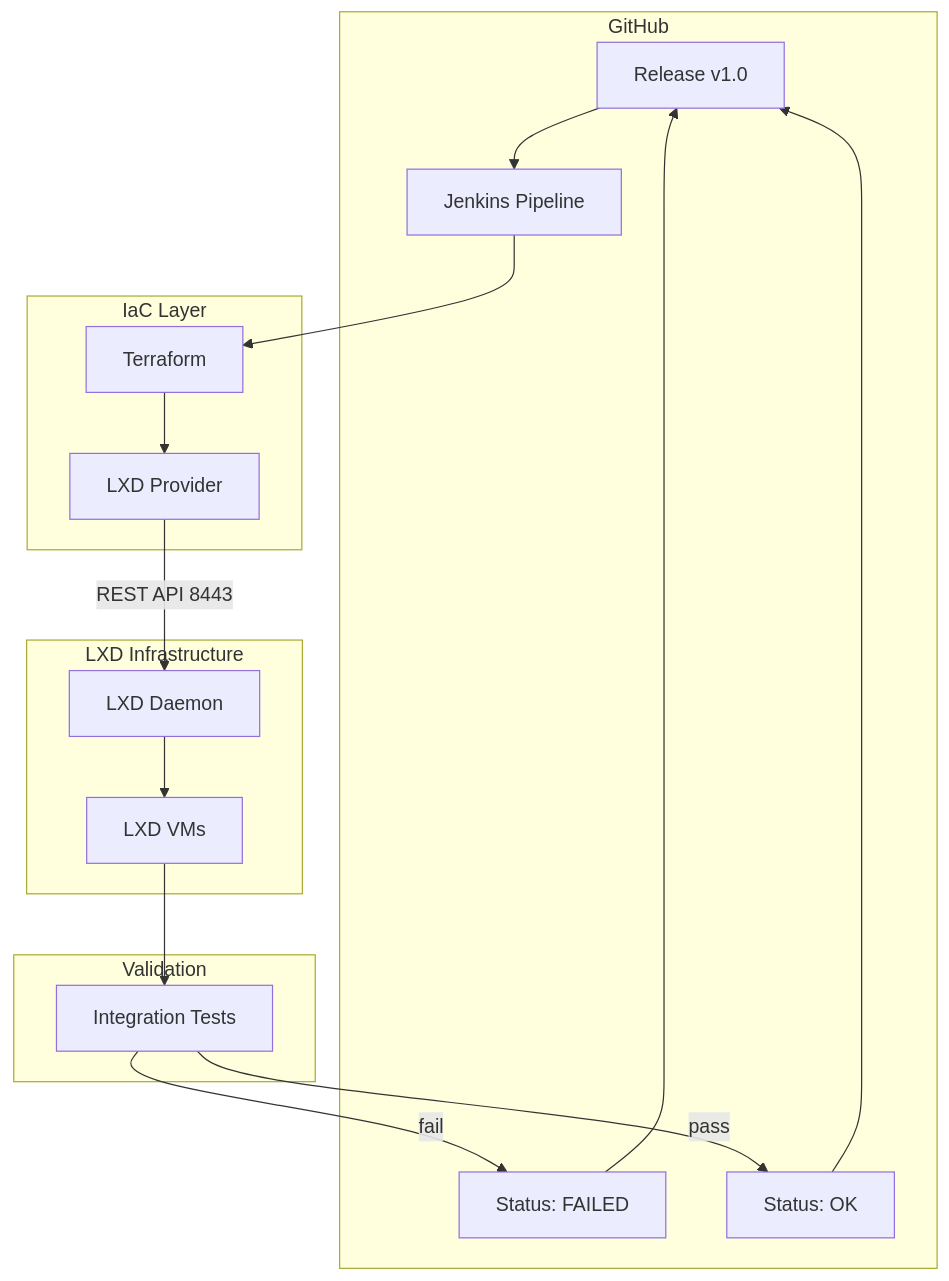
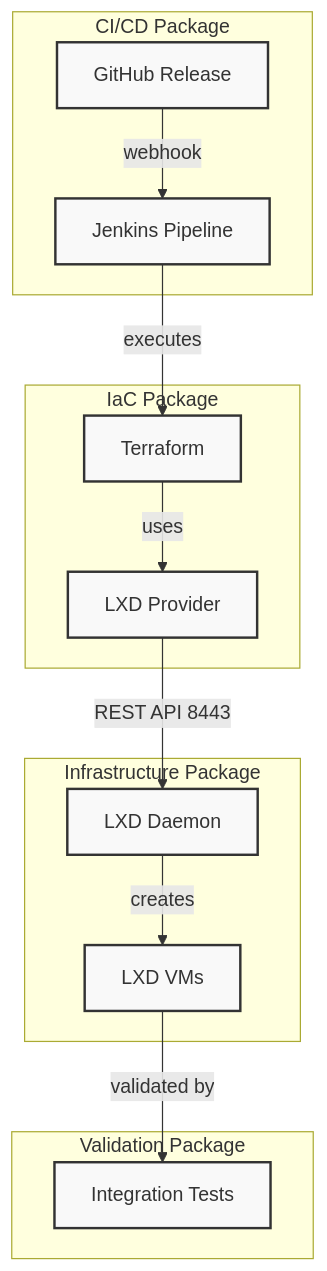
Before and after one commit to DurianLAB/terraform: the diagram in docs/diagram.md, drawn with Mermaid.

Commit message:
Fix: make Mermaid diagram a proper SysML package diagram

````diff
--- a/docs/diagram.md
+++ b/docs/diagram.md
@@ -71,24 +71,30 @@
 ```mermaid
 graph TB
-    subgraph "GitHub"
-        A[Release v1.0] --> B[Jenkins Pipeline]
-        F[Status: FAILED] --> A
-        G[Status: OK] --> A
+    subgraph "CI/CD Package"
+        A[GitHub Release]:::pkg
+        B[Jenkins Pipeline]:::pkg
     end
     
-    subgraph "IaC Layer"
-        B --> C[Terraform]
-        C --> D[LXD Provider]
+    subgraph "IaC Package"
+        C[Terraform]:::pkg
+        D[LXD Provider]:::pkg
     end
     
-    subgraph "LXD Infrastructure"
-        D -->|REST API 8443| E[LXD Daemon]
-        E --> F1[LXD VMs]
+    subgraph "Infrastructure Package"
+        E[LXD Daemon]:::pkg
+        F[LXD VMs]:::pkg
     end
     
-    subgraph "Validation"
-        F1 --> H[Integration Tests]
-        H -->|pass| G
-        H -->|fail| F
+    subgraph "Validation Package"
+        G[Integration Tests]:::pkg
     end
+    
+    A -->|webhook| B
+    B -->|executes| C
+    C -->|uses| D
+    D -->|REST API 8443| E
+    E -->|creates| F
+    F -->|validated by| G
+    
+    classDef pkg fill:#f9f9f9,stroke:#333,stroke-width:2px
 ```
````
